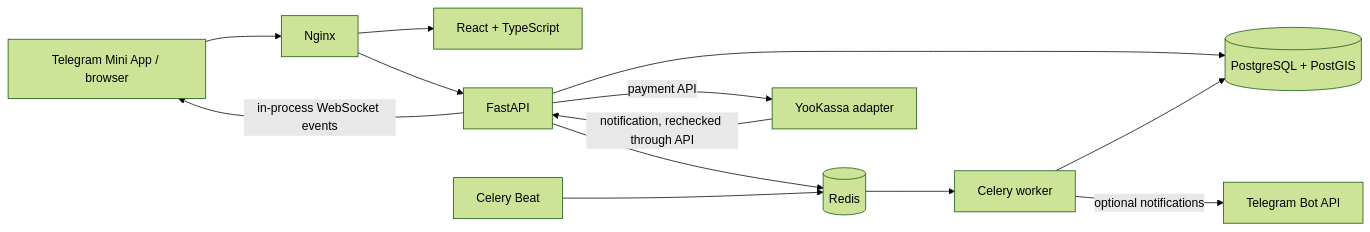
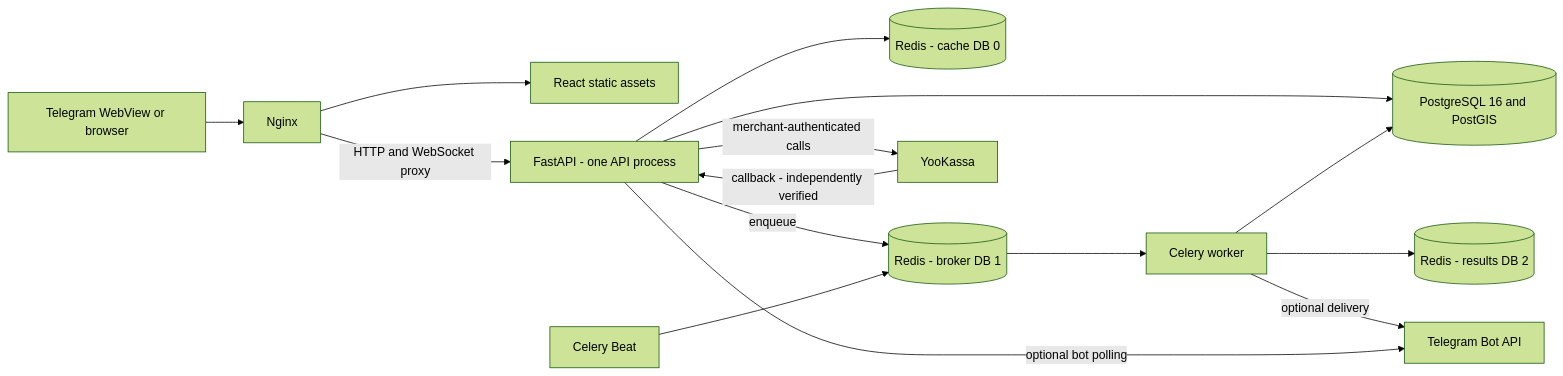
The first of 4 diagrams in docs/architecture.md (br1maks/EcoHaul), drawn with Mermaid (forest theme) before and after one commit. The commit also changed other lines of this file and 2 other files, not shown here.

Commit message:
docs: explain security boundaries and architectural tradeoffs

````diff
--- a/docs/architecture.md
+++ b/docs/architecture.md
@@ -7,15 +20,17 @@
 ```mermaid
 flowchart LR
-    Client[Telegram Mini App / browser] --> Nginx
-    Nginx --> SPA[React + TypeScript]
-    Nginx --> API[FastAPI]
-    API --> DB[(PostgreSQL + PostGIS)]
-    API --> Redis[(Redis)]
-    API -->|in-process WebSocket events| Client
-    API -->|payment API| Provider[YooKassa adapter]
-    Provider -->|notification, rechecked through API| API
-    Redis --> Worker[Celery worker]
-    Beat[Celery Beat] --> Redis
+    Browser[Telegram WebView or browser] --> Nginx[Nginx]
+    Nginx --> SPA[React static assets]
+    Nginx -->|HTTP and WebSocket proxy| API[FastAPI - one API process]
+    API --> DB[(PostgreSQL 16 and PostGIS)]
+    API --> Cache[(Redis - cache DB 0)]
+    API -->|enqueue| Broker[(Redis - broker DB 1)]
+    API -->|merchant-authenticated calls| Provider[YooKassa]
+    Provider -->|callback - independently verified| API
+    Beat[Celery Beat] --> Broker
+    Broker --> Worker[Celery worker]
     Worker --> DB
-    Worker -->|optional notifications| Telegram[Telegram Bot API]
+    Worker --> Results[(Redis - results DB 2)]
+    Worker -->|optional delivery| Telegram[Telegram Bot API]
+    API -->|optional bot polling| Telegram
 ```
````
